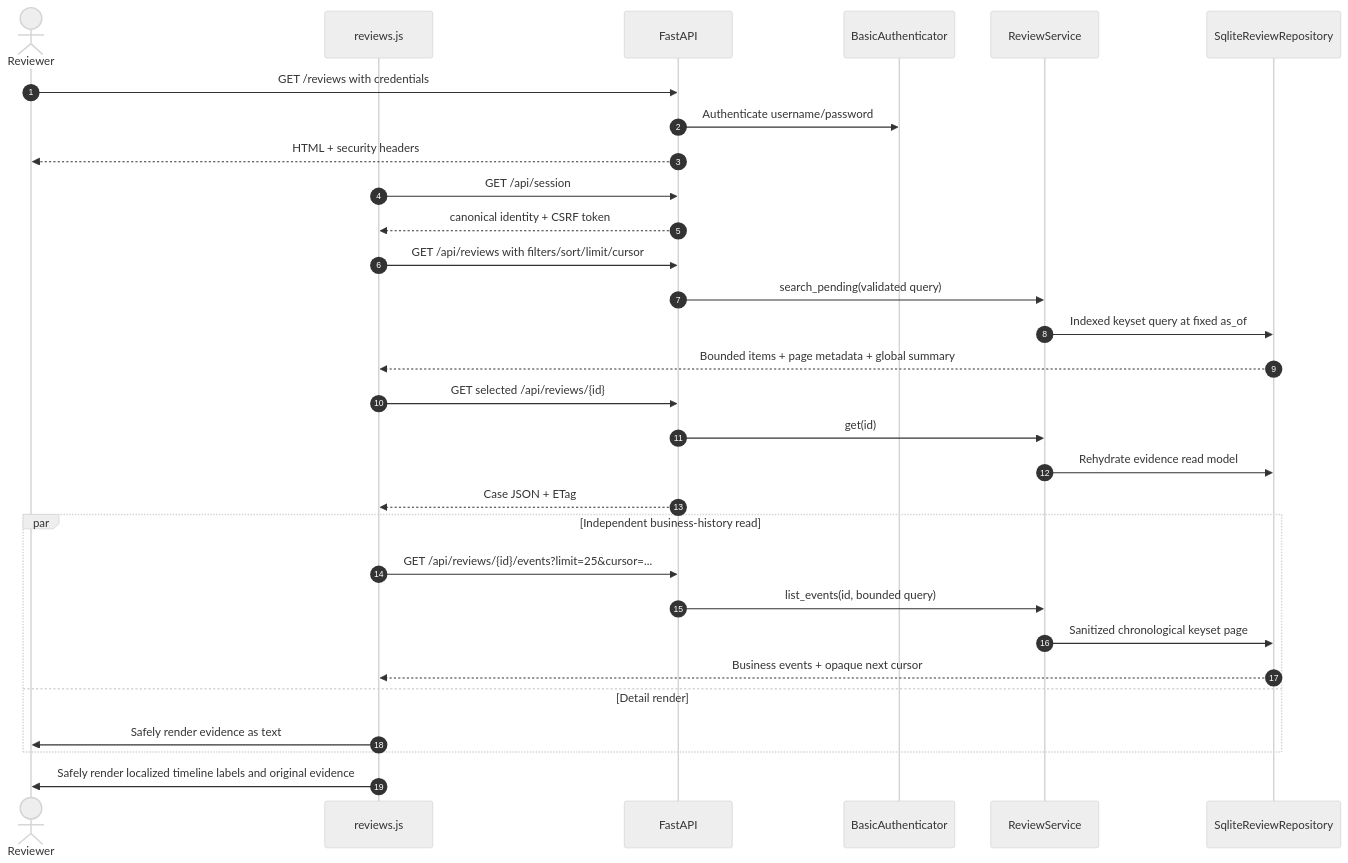
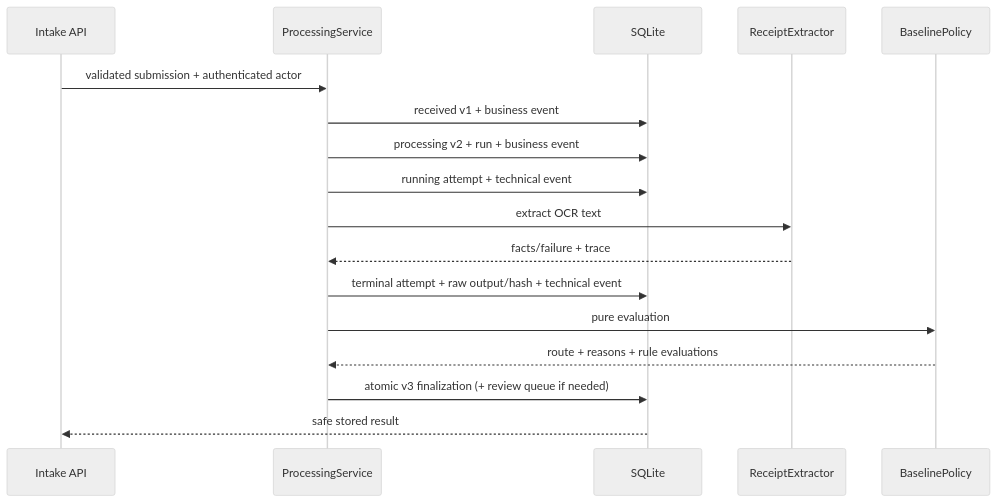
One commit to Dev-Luigy/automation_luigygabriel changed the second of 3 diagrams in docs/features.md. Above: the diagram before and after it, drawn with Mermaid (neutral theme). The commit also changed other lines of this file and 13 other files, not shown here.

Commit message:
docs: finalize assessment architecture and report

````diff
--- a/docs/features.md
+++ b/docs/features.md
@@ -216,33 +134,20 @@
 ```mermaid
 sequenceDiagram
-    autonumber
-    actor Reviewer
-    participant JS as reviews.js
-    participant API as FastAPI
-    participant Auth as BasicAuthenticator
-    participant App as ReviewService
-    participant DB as SqliteReviewRepository
+    participant API as Intake API
+    participant Service as ProcessingService
+    participant DB as SQLite
+    participant Extractor as ReceiptExtractor
+    participant Policy as BaselinePolicy
 
-    Reviewer->>API: GET /reviews with credentials
-    API->>Auth: Authenticate username/password
-    API-->>Reviewer: HTML + security headers
-    JS->>API: GET /api/session
-    API-->>JS: canonical identity + CSRF token
-    JS->>API: GET /api/reviews with filters/sort/limit/cursor
-    API->>App: search_pending(validated query)
-    App->>DB: Indexed keyset query at fixed as_of
-    DB-->>JS: Bounded items + page metadata + global summary
-    JS->>API: GET selected /api/reviews/{id}
-    API->>App: get(id)
-    App->>DB: Rehydrate evidence read model
-    API-->>JS: Case JSON + ETag
-    par Independent business-history read
-        JS->>API: GET /api/reviews/{id}/events?limit=25&cursor=...
-        API->>App: list_events(id, bounded query)
-        App->>DB: Sanitized chronological keyset page
-        DB-->>JS: Business events + opaque next cursor
-    and Detail render
-        JS->>Reviewer: Safely render evidence as text
-    end
-    JS->>Reviewer: Safely render localized timeline labels and original evidence
+    API->>Service: validated submission + authenticated actor
+    Service->>DB: received v1 + business event
+    Service->>DB: processing v2 + run + business event
+    Service->>DB: running attempt + technical event
+    Service->>Extractor: extract OCR text
+    Extractor-->>Service: facts/failure + trace
+    Service->>DB: terminal attempt + raw output/hash + technical event
+    Service->>Policy: pure evaluation
+    Policy-->>Service: route + reasons + rule evaluations
+    Service->>DB: atomic v3 finalization (+ review queue if needed)
+    DB-->>API: safe stored result
 ```
````
